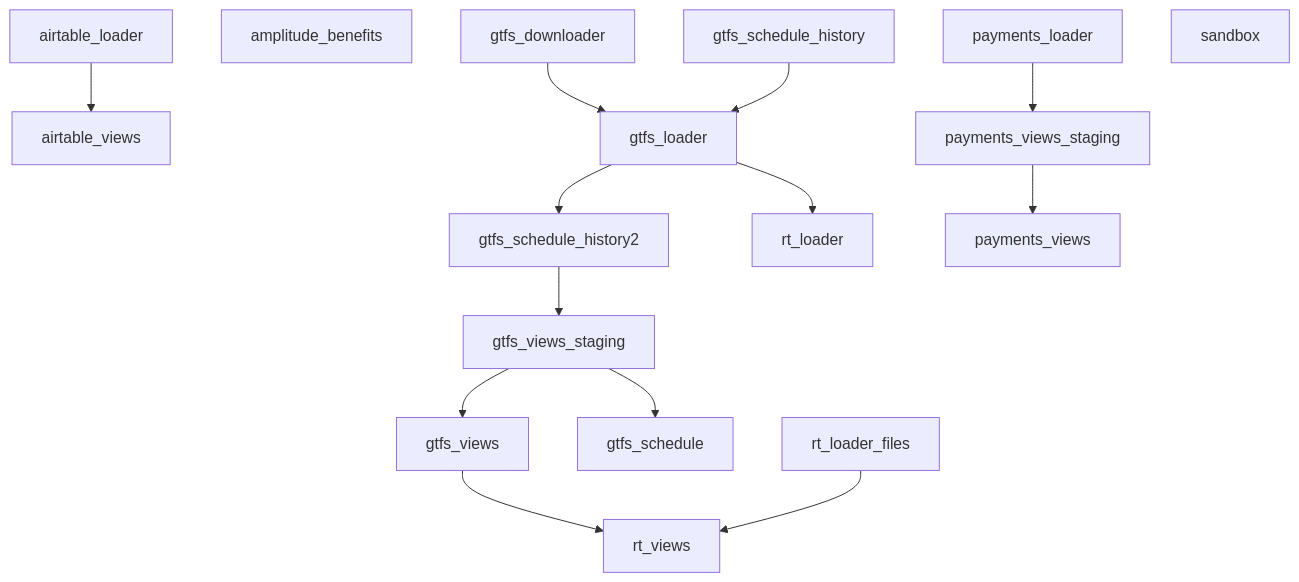
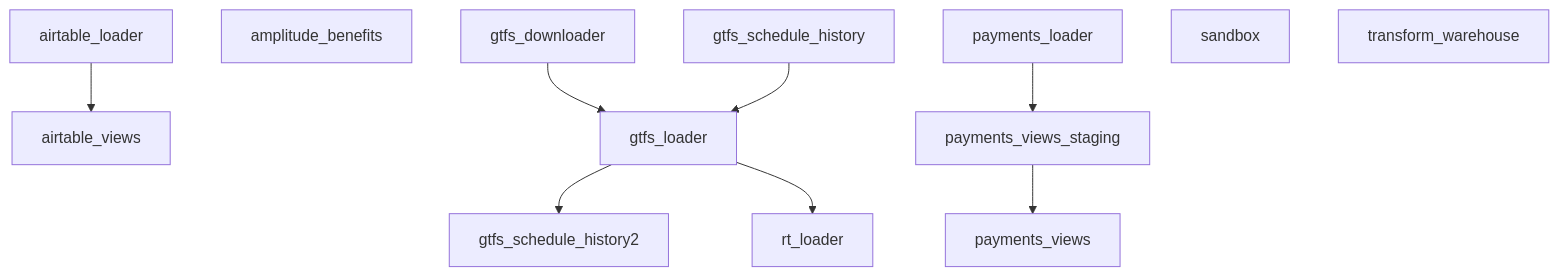
One commit to cal-itp/data-infra changed the diagram in _sources/airflow/production-maintenance.md. Above: the diagram before and after it, drawn with Mermaid. The commit also changed other lines of this file and 21 other files, not shown here.

````diff
--- a/_sources/airflow/production-maintenance.md
+++ b/_sources/airflow/production-maintenance.md
@@ -51,17 +49,13 @@
 ```{mermaid}
   graph TD;
       airtable_loader-->airtable_views;
       amplitude_benefits;
       gtfs_downloader-->gtfs_loader;
       gtfs_schedule_history-->gtfs_loader;
       gtfs_loader-->gtfs_schedule_history2;
-      gtfs_schedule_history2-->gtfs_views_staging;
-      gtfs_views_staging-->gtfs_views;
-      gtfs_views_staging-->gtfs_schedule;
       payments_loader-->payments_views_staging;
       payments_views_staging-->payments_views;
       gtfs_loader-->rt_loader;
-      rt_loader_files-->rt_views;
-      gtfs_views-->rt_views;
       sandbox;
+      transform_warehouse;
 ```
````
